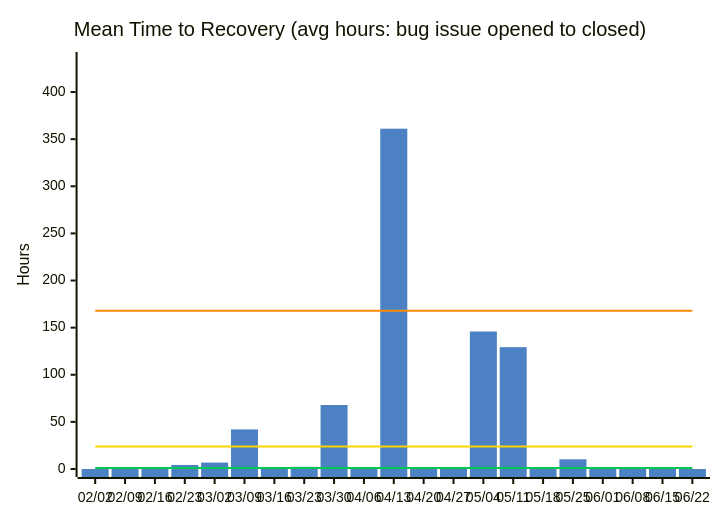
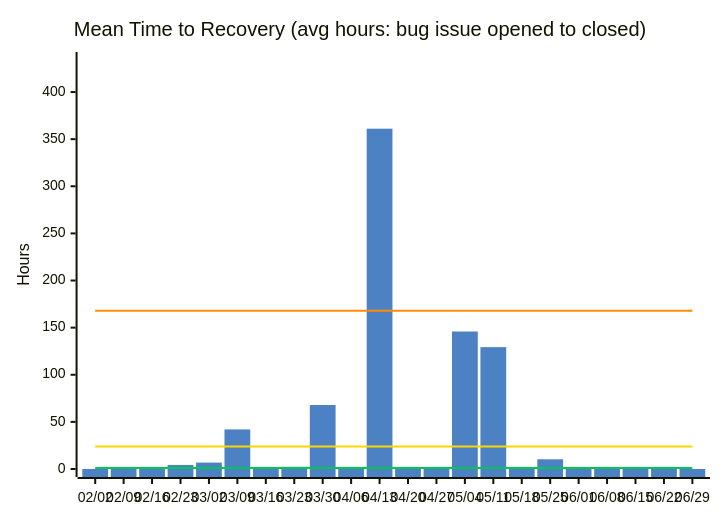
One commit to nablarch/nabledge-dev changed the fourth of 14 diagrams in docs/metrics.md. Above: the diagram before and after it, drawn with Mermaid. The commit also changed other lines of this file and 2 other files, not shown here.

````diff
--- a/docs/metrics.md
+++ b/docs/metrics.md
@@ -73,11 +73,11 @@
 ```mermaid
 %%{init: {'theme': 'base', 'themeVariables': {'xyChart': {'plotColorPalette': '#4C82C3,#00C853,#FFD600,#FF8C00'}}}}%%
 xychart-beta
   title "Mean Time to Recovery (avg hours: bug issue opened to closed)"
-  x-axis ["02/02", "02/09", "02/16", "02/23", "03/02", "03/09", "03/16", "03/23", "03/30", "04/06", "04/13", "04/20", "04/27", "05/04", "05/11", "05/18", "05/25", "06/01", "06/08", "06/15", "06/22"]
+  x-axis ["02/02", "02/09", "02/16", "02/23", "03/02", "03/09", "03/16", "03/23", "03/30", "04/06", "04/13", "04/20", "04/27", "05/04", "05/11", "05/18", "05/25", "06/01", "06/08", "06/15", "06/22", "06/29"]
   y-axis "Hours" 0 --> 434
-  bar [0, 0, 2, 4.3, 6.8, 42, 0, 2.3, 67.9, 0, 361.1, 0, 0, 145.9, 129.3, 0, 10.3, 0, 0, 0, 0]
-  line [1, 1, 1, 1, 1, 1, 1, 1, 1, 1, 1, 1, 1, 1, 1, 1, 1, 1, 1, 1, 1]
-  line [24, 24, 24, 24, 24, 24, 24, 24, 24, 24, 24, 24, 24, 24, 24, 24, 24, 24, 24, 24, 24]
-  line [168, 168, 168, 168, 168, 168, 168, 168, 168, 168, 168, 168, 168, 168, 168, 168, 168, 168, 168, 168, 168]
+  bar [0, 0, 2, 4.3, 6.8, 42, 0, 2.3, 67.9, 0, 361.1, 0, 0, 145.9, 129.3, 0, 10.3, 0, 0, 0, 0, 0]
+  line [1, 1, 1, 1, 1, 1, 1, 1, 1, 1, 1, 1, 1, 1, 1, 1, 1, 1, 1, 1, 1, 1]
+  line [24, 24, 24, 24, 24, 24, 24, 24, 24, 24, 24, 24, 24, 24, 24, 24, 24, 24, 24, 24, 24, 24]
+  line [168, 168, 168, 168, 168, 168, 168, 168, 168, 168, 168, 168, 168, 168, 168, 168, 168, 168, 168, 168, 168, 168]
 ```
````
